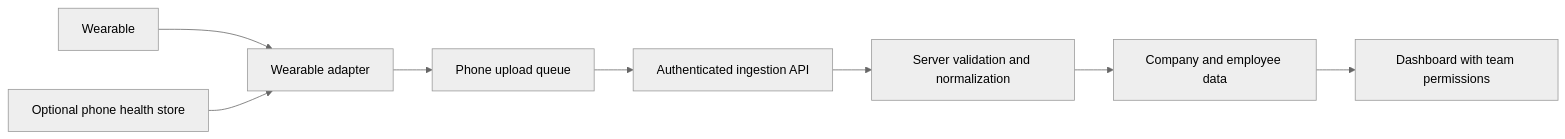
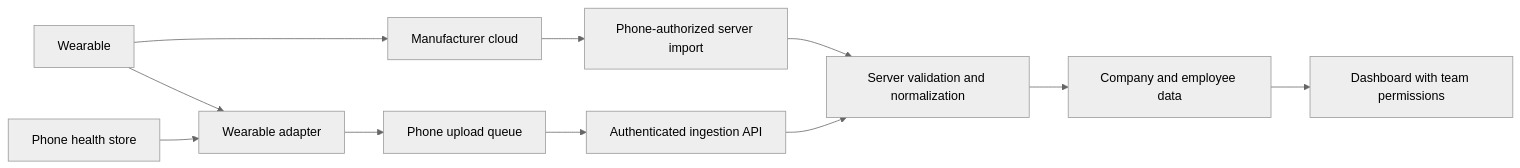
The diagram in neurasign_phone_app/ARCHITECTURE.md (Guayamose/Neurasign), drawn with Mermaid (neutral theme) before and after one commit. The commit also changed other lines of this file and 5 other files, not shown here.

````diff
--- a/neurasign_phone_app/ARCHITECTURE.md
+++ b/neurasign_phone_app/ARCHITECTURE.md
@@ -11,10 +11,13 @@
 ```mermaid
 flowchart LR
     W[Wearable] --> A[Wearable adapter]
-    H[Optional phone health store] --> A
+    H[Phone health store] --> A
+    W --> V[Manufacturer cloud]
+    V --> C[Phone-authorized server import]
+    C --> N
     A --> Q[Phone upload queue]
     Q --> I[Authenticated ingestion API]
     I --> N[Server validation and normalization]
     N --> T[Company and employee data]
     T --> D[Dashboard with team permissions]
 ```
````
